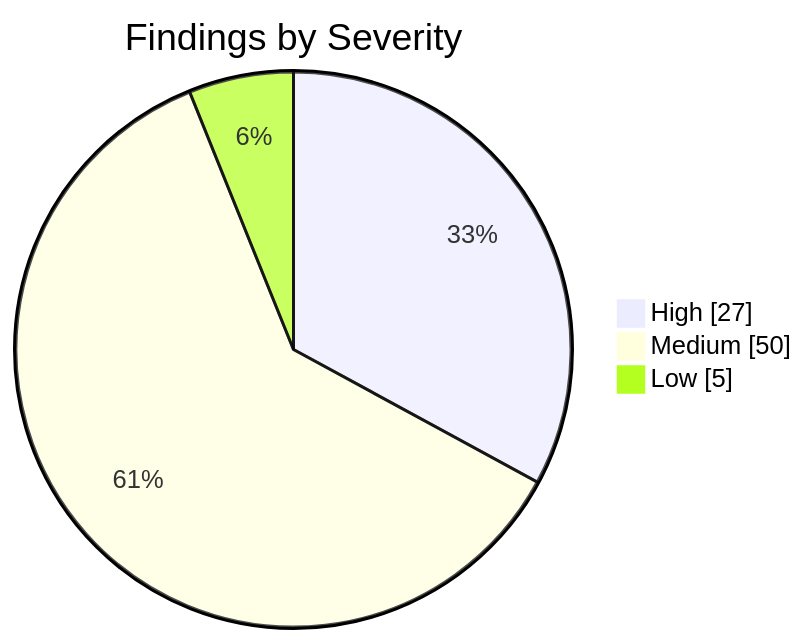
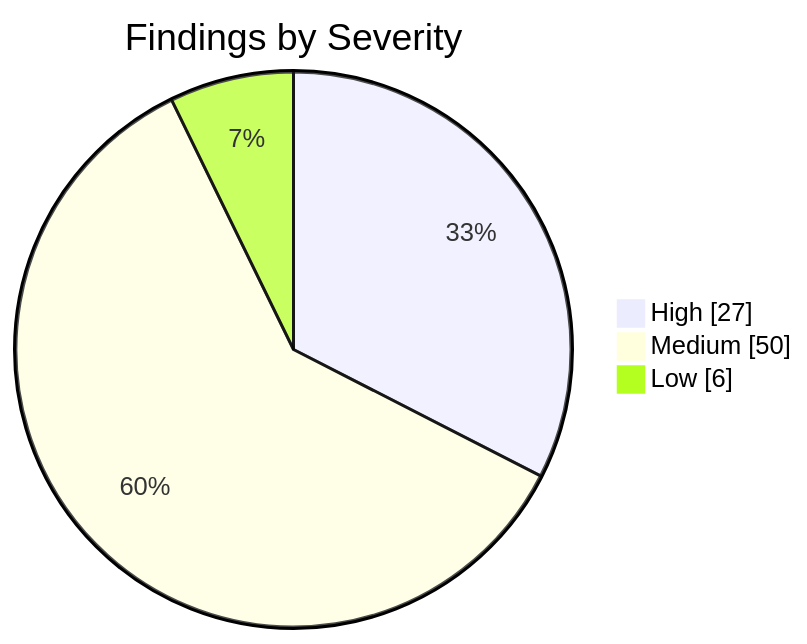
Before and after one commit to KBVE/kbve: the first of 2 diagrams in apps/kbve/astro-kbve/src/content/docs/dashboard/security.mdx, drawn with Mermaid. The commit also changed other lines of this file and 8 other files, not shown here.

````diff
--- a/apps/kbve/astro-kbve/src/content/docs/dashboard/security.mdx
+++ b/apps/kbve/astro-kbve/src/content/docs/dashboard/security.mdx
@@ -62,7 +62,7 @@
 ```mermaid
 pie showData
     title Findings by Severity
     "High" : 27
     "Medium" : 50
-    "Low" : 5
+    "Low" : 6
 ```
````
